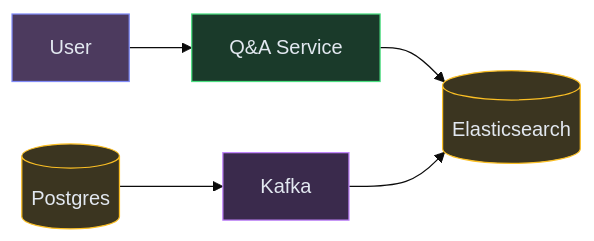
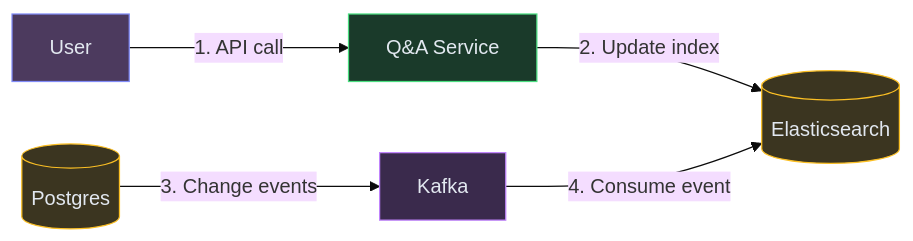
The fourth of 4 diagrams in content/hld/QAForum.md (iluzn/HLD-Designs), drawn with Mermaid (base theme) before and after one commit. The commit also changed other lines of this file and 27 other files, not shown here.

````diff
--- a/content/hld/QAForum.md
+++ b/content/hld/QAForum.md
@@ -139,18 +139,18 @@
 ```mermaid
 flowchart LR
     USER["User"]:::client
     API["Q&A Service"]:::service
     ES[("Elasticsearch")]:::data
     DB[("Postgres")]:::data
     KAFKA["Kafka"]:::async
 
-    USER --> API
-    API --> ES
-    DB --> KAFKA
-    KAFKA --> ES
+    USER -->|"1. API call"| API
+    API -->|"2. Update index"| ES
+    DB -->|"3. Change events"| KAFKA
+    KAFKA -->|"4. Consume event"| ES
 
     classDef client fill:#4c3a5e,stroke:#818cf8,color:#e2e8f0
     classDef service fill:#1a3a2a,stroke:#4ade80,color:#e2e8f0
     classDef data fill:#3b3520,stroke:#fbbf24,color:#e2e8f0
     classDef async fill:#3a2a4c,stroke:#c084fc,color:#e2e8f0
 ```
````
